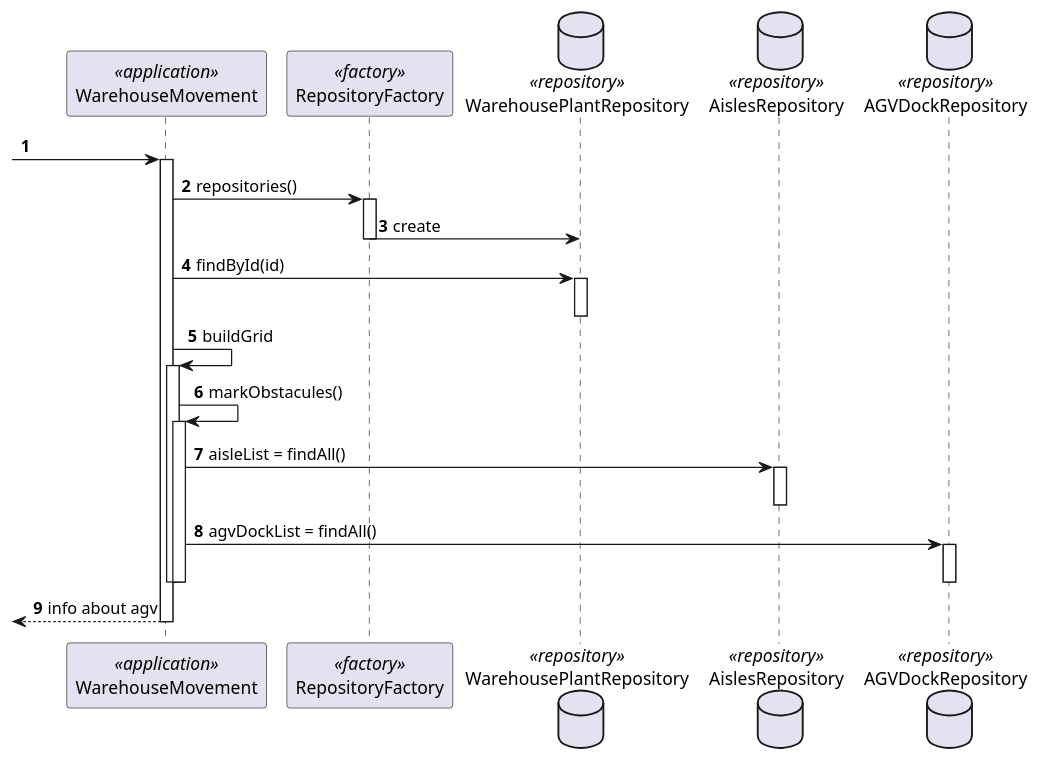
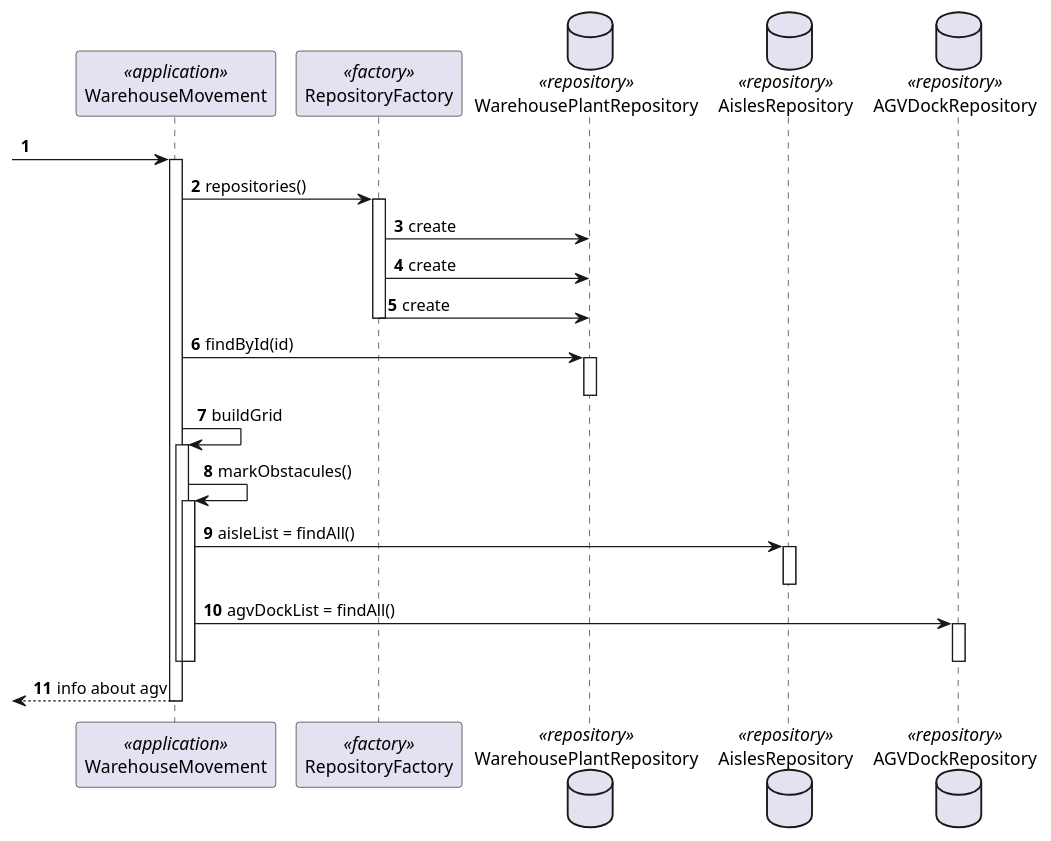
Before and after one commit to 0franciscor/lei21_22_s4_2de_01: the diagram in docs/1201239/US5100/SDwm_5100.puml, drawn with PlantUML. The commit also changed 1 other file, not shown here.

```diff
--- a/docs/1201239/US5100/SDwm_5100.puml
+++ b/docs/1201239/US5100/SDwm_5100.puml
@@ -1,39 +1,41 @@
 @startuml
 
 autonumber
 
 participant WarehouseMovement as wm <<application>>
 participant RepositoryFactory as factory <<factory>>
 
 database WarehousePlantRepository as repository <<repository>>
 database AislesRepository as aislerepository <<repository>>
 database AGVDockRepository as agvrepository <<repository>>
 
 
  -> wm :
 activate wm
 wm -> factory : repositories()
 activate factory
+factory -> repository : create
+factory -> repository : create
 factory -> repository : create
 deactivate factory
 wm -> repository : findById(id)
 activate repository
 deactivate repository
 wm -> wm : buildGrid
 activate wm
 wm -> wm : markObstacules()
 activate wm
 wm -> aislerepository : aisleList = findAll()
 activate aislerepository
 deactivate aislerepository
 wm -> agvrepository : agvDockList = findAll()
 activate agvrepository
 deactivate agvrepository
 deactivate wm
 deactivate wm
 
 
  <-- wm : info about agv
  deactivate wm
 
 @enduml
```
